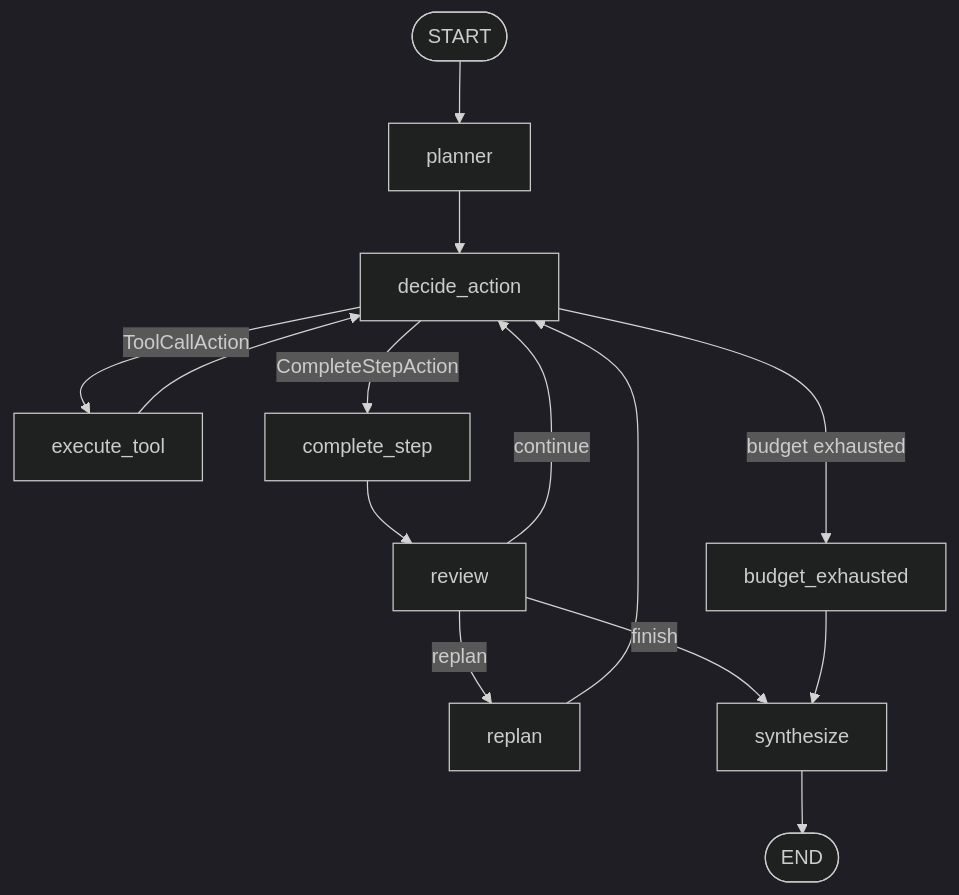
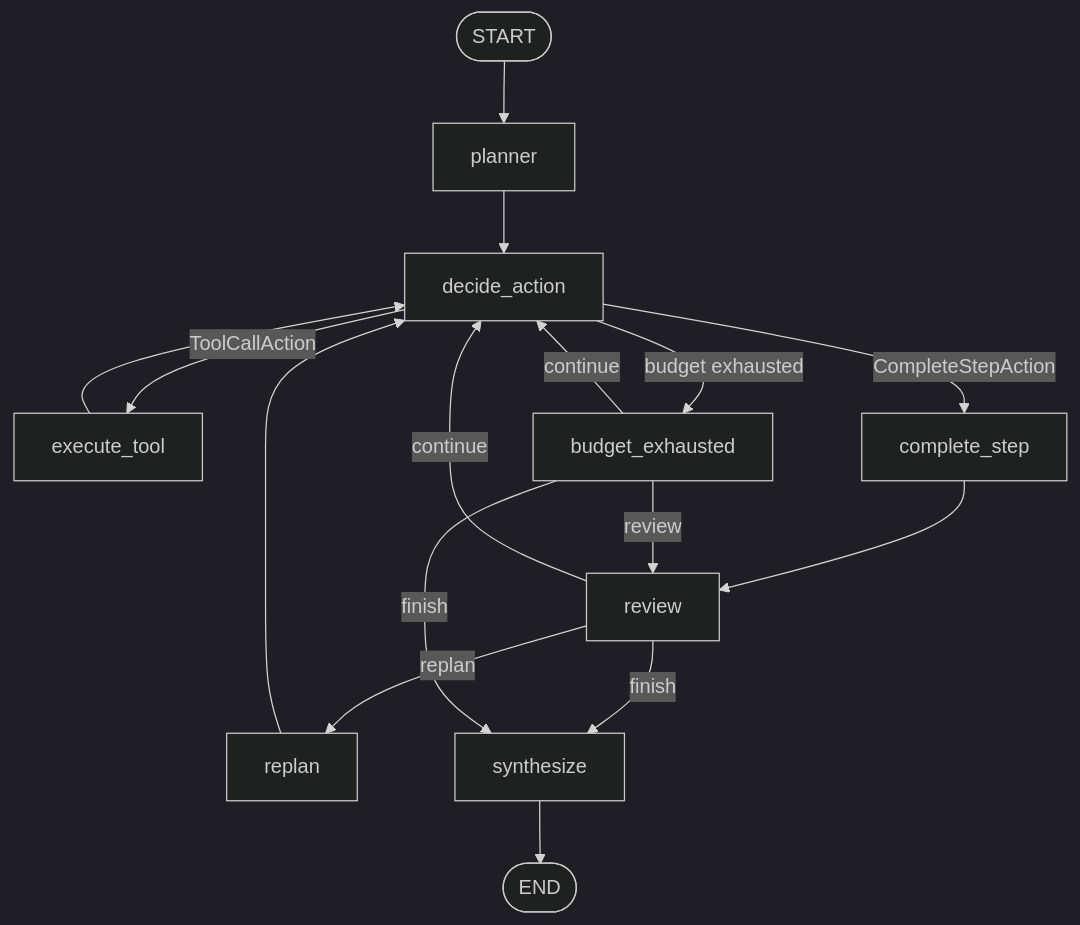
Before and after one commit to hhtuann/mini-deerflow: the second of 3 diagrams in README.md, drawn with Mermaid (dark theme). The commit also changed other lines of this file and 3 other files, not shown here.

Commit message:
docs(graph): document agent graph architecture

````diff
--- a/README.md
+++ b/README.md
@@ -126,16 +126,18 @@
 ```mermaid
 flowchart TD
     Start([START]) --> Planner[planner]
     Planner --> Decide[decide_action]
     Decide -->|ToolCallAction| Tool[execute_tool]
     Tool --> Decide
     Decide -->|CompleteStepAction| Complete[complete_step]
     Complete --> Review[review]
     Review -->|continue| Decide
     Review -->|replan| Replan[replan]
     Replan --> Decide
     Review -->|finish| Synthesize[synthesize]
     Decide -->|budget exhausted| Exhausted[budget_exhausted]
-    Exhausted --> Synthesize
+    Exhausted -->|continue| Decide
+    Exhausted -->|review| Review
+    Exhausted -->|finish| Synthesize
     Synthesize --> End([END])
 ```
````
